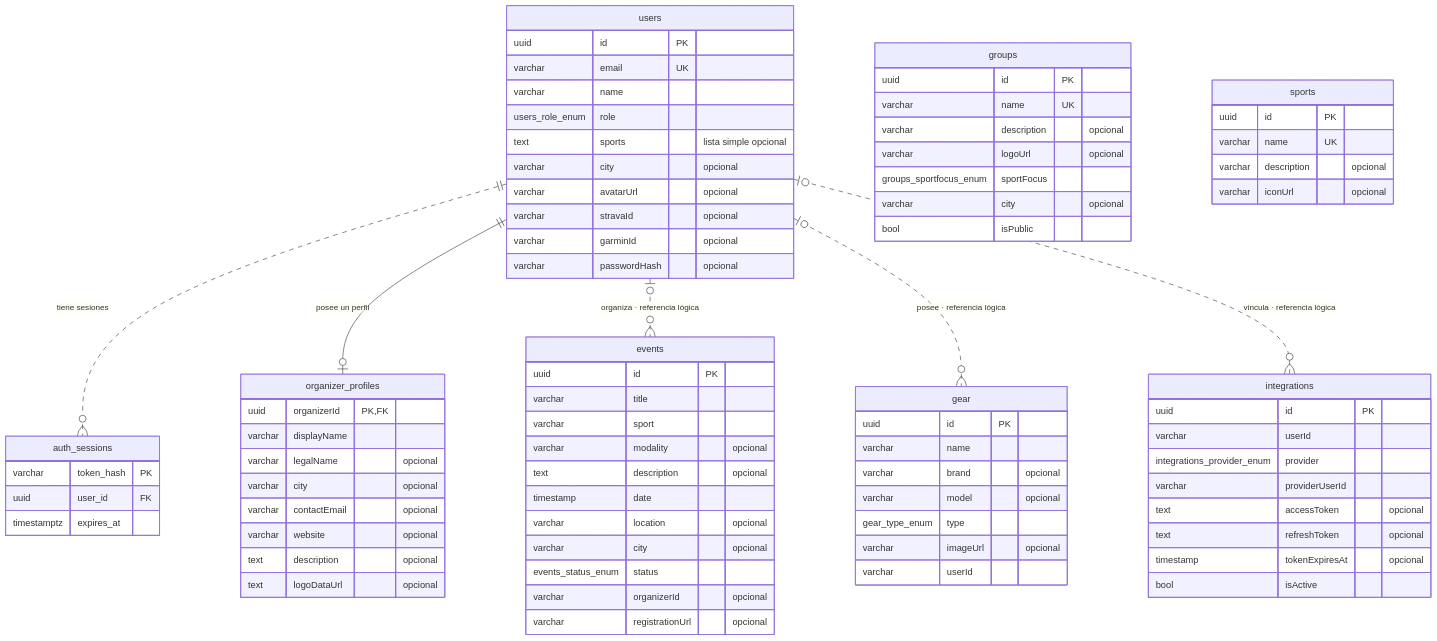
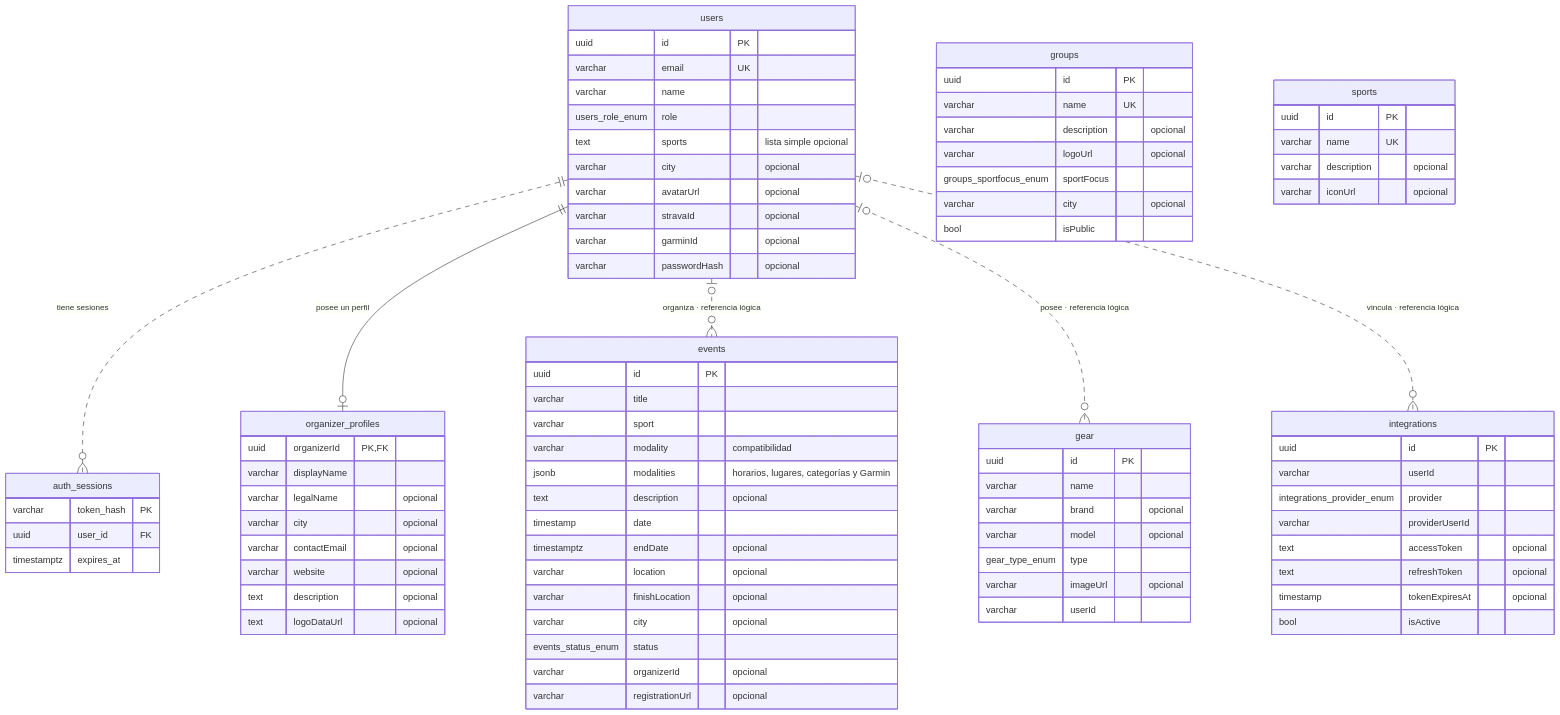
Before and after one commit to cliffdaniel/minka-platform: the diagram in docs/diagramas/recursos/base-de-datos.mmd, drawn with Mermaid. The commit also changed 16 other files, not shown here.

```diff
--- a/docs/diagramas/recursos/base-de-datos.mmd
+++ b/docs/diagramas/recursos/base-de-datos.mmd
@@ -1,88 +1,91 @@
 erDiagram
     users ||..o{ auth_sessions : "tiene sesiones"
     users ||--o| organizer_profiles : "posee un perfil"
     users |o..o{ events : "organiza · referencia lógica"
     users |o..o{ gear : "posee · referencia lógica"
     users |o..o{ integrations : "vincula · referencia lógica"
 
     users {
         uuid id PK
         varchar email UK
         varchar name
         users_role_enum role
         text sports "lista simple opcional"
         varchar city "opcional"
         varchar avatarUrl "opcional"
         varchar stravaId "opcional"
         varchar garminId "opcional"
         varchar passwordHash "opcional"
     }
 
     auth_sessions {
         varchar token_hash PK
         uuid user_id FK
         timestamptz expires_at
     }
 
     organizer_profiles {
         uuid organizerId PK,FK
         varchar displayName
         varchar legalName "opcional"
         varchar city "opcional"
         varchar contactEmail "opcional"
         varchar website "opcional"
         text description "opcional"
         text logoDataUrl "opcional"
     }
 
     events {
         uuid id PK
         varchar title
         varchar sport
-        varchar modality "opcional"
+        varchar modality "compatibilidad"
+        jsonb modalities "horarios, lugares, categorías y Garmin"
         text description "opcional"
         timestamp date
+        timestamptz endDate "opcional"
         varchar location "opcional"
+        varchar finishLocation "opcional"
         varchar city "opcional"
         events_status_enum status
         varchar organizerId "opcional"
         varchar registrationUrl "opcional"
     }
 
     gear {
         uuid id PK
         varchar name
         varchar brand "opcional"
         varchar model "opcional"
         gear_type_enum type
         varchar imageUrl "opcional"
         varchar userId
     }
 
     integrations {
         uuid id PK
         varchar userId
         integrations_provider_enum provider
         varchar providerUserId
         text accessToken "opcional"
         text refreshToken "opcional"
         timestamp tokenExpiresAt "opcional"
         bool isActive
     }
 
     groups {
         uuid id PK
         varchar name UK
         varchar description "opcional"
         varchar logoUrl "opcional"
         groups_sportfocus_enum sportFocus
         varchar city "opcional"
         bool isPublic
     }
 
     sports {
         uuid id PK
         varchar name UK
         varchar description "opcional"
         varchar iconUrl "opcional"
     }
```
